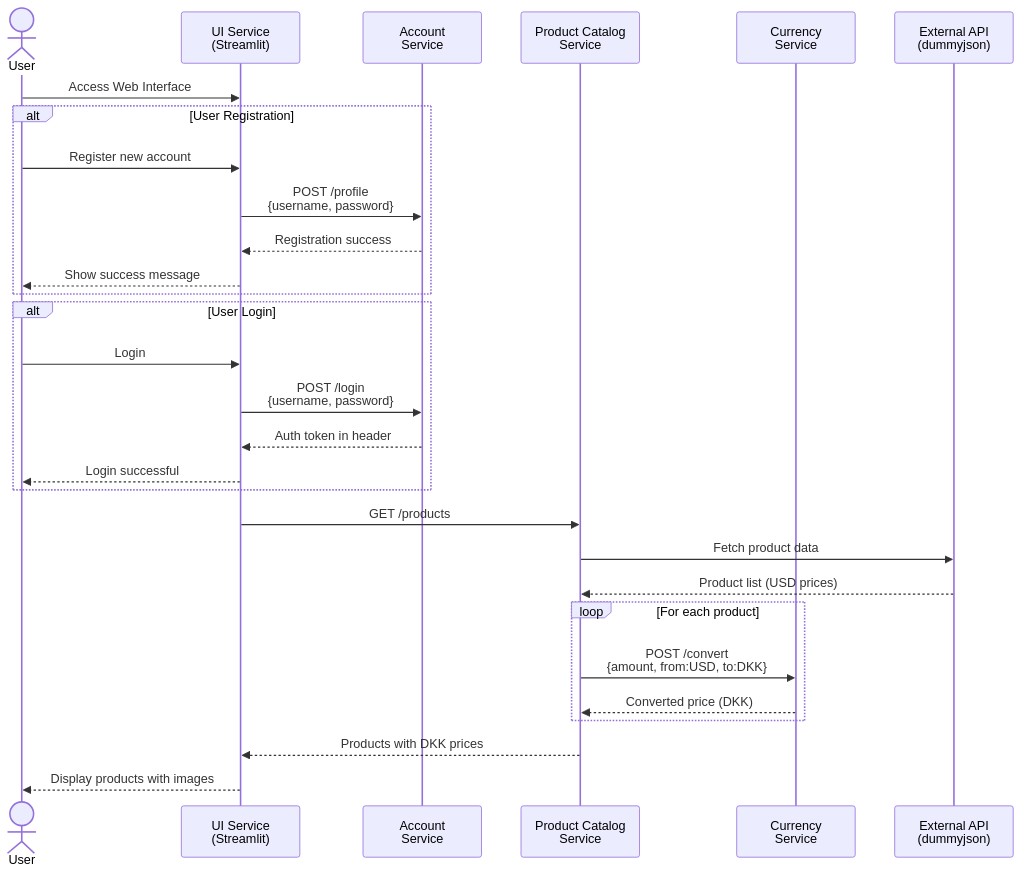
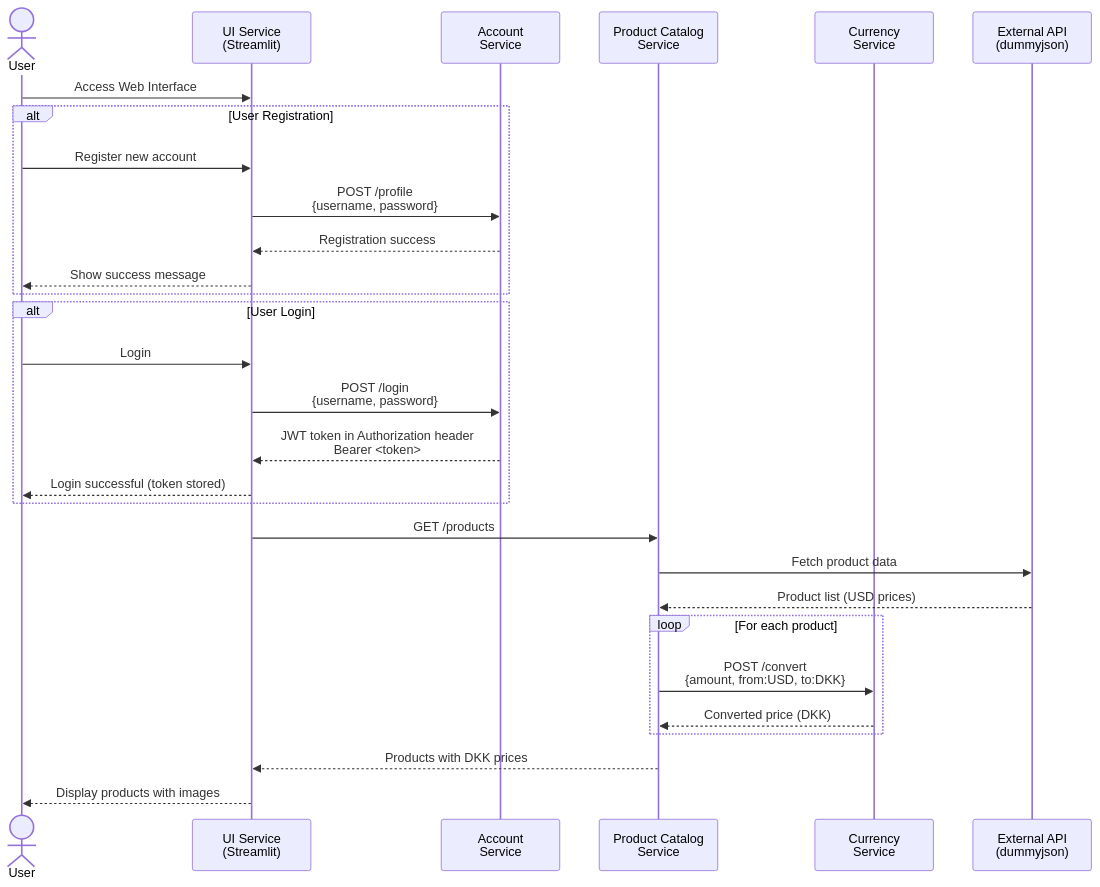
Before and after one commit to ITAKEA/Shopping_Site_Microservices: the second of 7 diagrams in documentation/arkitektur.md, drawn with Mermaid. The commit also changed other lines of this file and 2 other files, not shown here.

First line of the commit message:
docs: clarify API Gateway role and add JWT token forwarding

````diff
--- a/documentation/arkitektur.md
+++ b/documentation/arkitektur.md
@@ -71,37 +75,37 @@
 ```mermaid
 sequenceDiagram
     actor User
     participant UI as UI Service<br/>(Streamlit)
     participant AS as Account<br/>Service
     participant PS as Product Catalog<br/>Service
     participant CS as Currency<br/>Service
     participant Ext as External API<br/>(dummyjson)
 
     User->>UI: Access Web Interface
 
     alt User Registration
         User->>UI: Register new account
         UI->>AS: POST /profile<br/>{username, password}
         AS-->>UI: Registration success
         UI-->>User: Show success message
     end
 
     alt User Login
         User->>UI: Login
         UI->>AS: POST /login<br/>{username, password}
-        AS-->>UI: Auth token in header
-        UI-->>User: Login successful
+        AS-->>UI: JWT token in Authorization header<br/>Bearer <token>
+        UI-->>User: Login successful (token stored)
     end
 
     UI->>PS: GET /products
     PS->>Ext: Fetch product data
     Ext-->>PS: Product list (USD prices)
 
     loop For each product
         PS->>CS: POST /convert<br/>{amount, from:USD, to:DKK}
         CS-->>PS: Converted price (DKK)
     end
 
     PS-->>UI: Products with DKK prices
     UI-->>User: Display products with images
 ```
````
